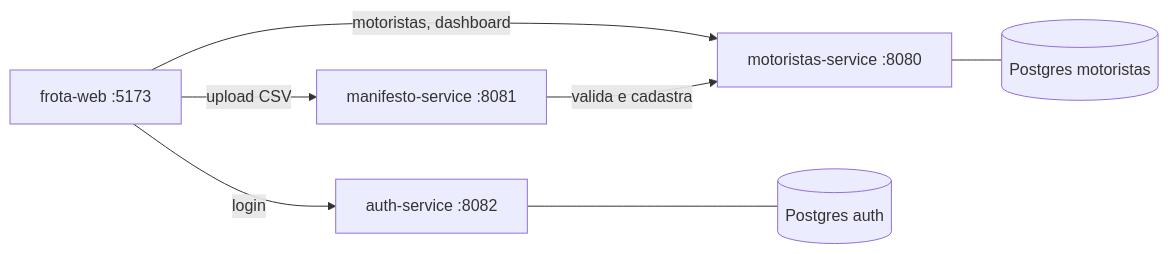
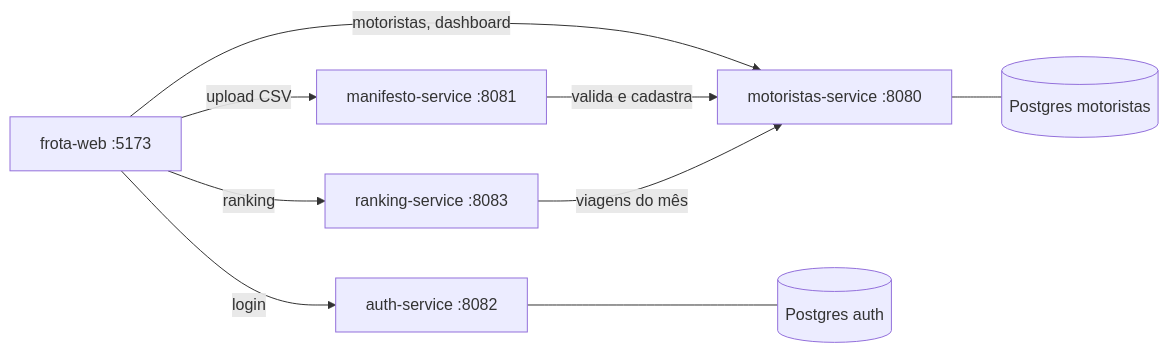
One commit to Koitech-Log/Koitech-Log-3DSM-Newelog changed the diagram in README.md. Above: the diagram before and after it, drawn with Mermaid. The commit also changed other lines of this file, not shown here.

````diff
--- a/README.md
+++ b/README.md
@@ -30,9 +31,11 @@
 ```mermaid
 flowchart LR
     W[frota-web :5173] -->|login| A[auth-service :8082]
     W -->|motoristas, dashboard| M[motoristas-service :8080]
     W -->|upload CSV| I[manifesto-service :8081]
+    W -->|ranking| R[ranking-service :8083]
     I -->|valida e cadastra| M
+    R -->|viagens do mês| M
     A --- DBA[(Postgres auth)]
     M --- DBM[(Postgres motoristas)]
 ```
````
